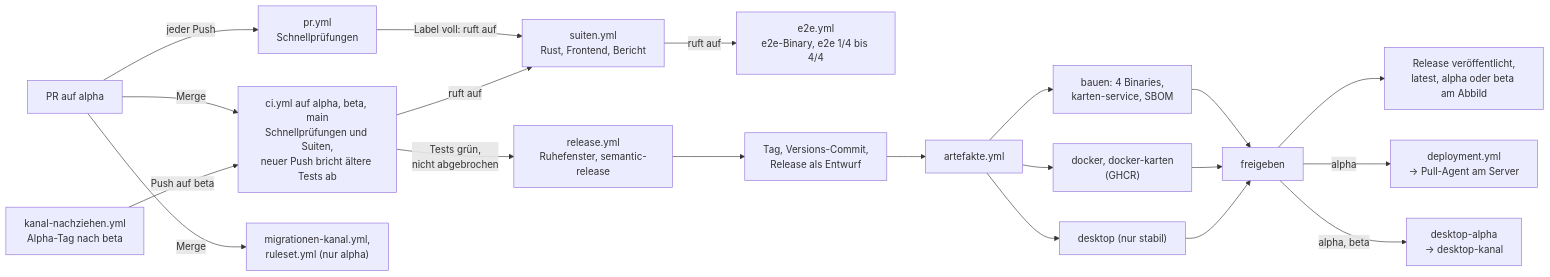
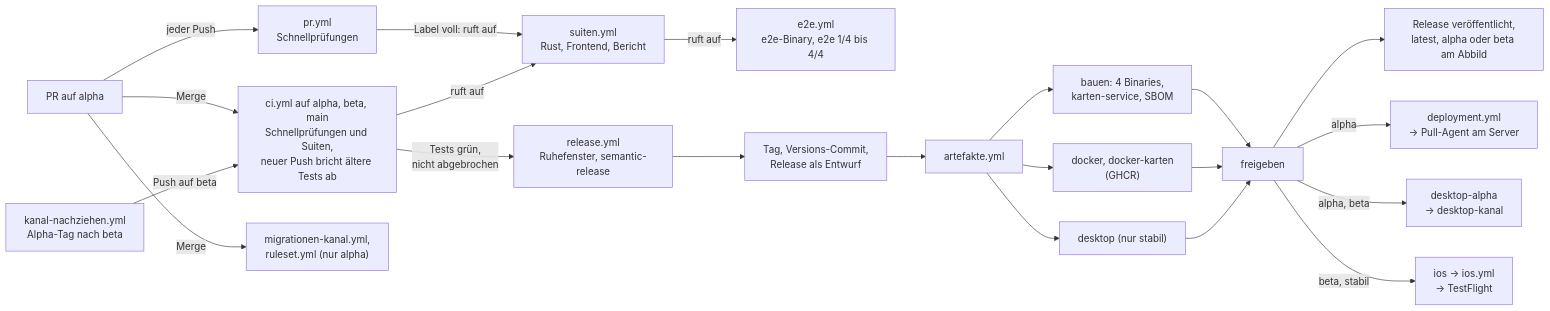
One commit to rubenvitt/lifeline-hub changed the second of 2 diagrams in docs/architektur/07-verteilungssicht.md. Above: the diagram before and after it, drawn with Mermaid. The commit also changed other lines of this file and 2 other files, not shown here.

````diff
--- a/docs/architektur/07-verteilungssicht.md
+++ b/docs/architektur/07-verteilungssicht.md
@@ -142,22 +152,23 @@
 ```mermaid
 flowchart LR
   PR["PR auf alpha"] -->|jeder Push| CIPR["pr.yml<br/>Schnellprüfungen"]
   PR -->|Merge| CI["ci.yml auf alpha, beta, main<br/>Schnellprüfungen und Suiten,<br/>neuer Push bricht ältere Tests ab"]
   PR -->|Merge| KAN["migrationen-kanal.yml,<br/>ruleset.yml (nur alpha)"]
   CIPR -->|"Label voll: ruft auf"| SU["suiten.yml<br/>Rust, Frontend, Bericht"]
   CI -->|ruft auf| SU
   SU -->|ruft auf| E2E["e2e.yml<br/>e2e-Binary, e2e 1/4 bis 4/4"]
   CI -->|"Tests grün,<br/>nicht abgebrochen"| REL["release.yml<br/>Ruhefenster, semantic-release"]
   REL --> TAG["Tag, Versions-Commit,<br/>Release als Entwurf"]
   TAG --> ART["artefakte.yml"]
   ART --> B["bauen: 4 Binaries,<br/>karten-service, SBOM"]
   ART --> D["docker, docker-karten<br/>(GHCR)"]
   ART --> DS["desktop (nur stabil)"]
   NZ["kanal-nachziehen.yml<br/>Alpha-Tag nach beta"] -->|Push auf beta| CI
   B --> F["freigeben"]
   D --> F
   DS --> F
   F --> PUB["Release veröffentlicht,<br/>latest, alpha oder beta am Abbild"]
   F -->|alpha| DEP["deployment.yml<br/>→ Pull-Agent am Server"]
   F -->|alpha, beta| DA["desktop-alpha<br/>→ desktop-kanal"]
+  F -->|beta, stabil| IOSJ["ios → ios.yml<br/>→ TestFlight"]
 ```
````
